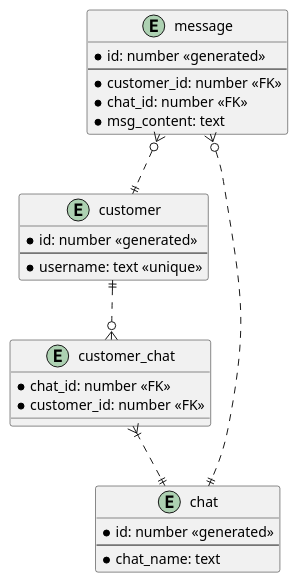
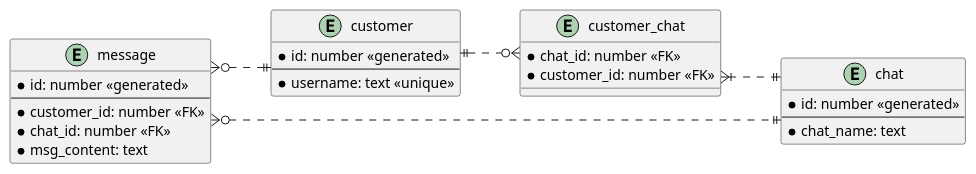
One commit to strang3nt/Telegraft changed the diagram in docs/diagrams/src/rd_database.plantuml. Above: the diagram before and after it, drawn with PlantUML. The commit also changed 5 other files, not shown here.

Commit message:
Diagram that shows services architecture

```diff
--- a/docs/diagrams/src/rd_database.plantuml
+++ b/docs/diagrams/src/rd_database.plantuml
@@ -1,32 +1,37 @@
 @startuml database
+
+skinparam linetype ortho
+
+left to right direction
+
 entity customer {
   *id: number <<generated>>
   --
   *username: text <<unique>>
 }
 
 entity message {
   *id: number <<generated>>
   --
   *customer_id: number <<FK>>
   *chat_id: number <<FK>>
   *msg_content: text
 }
 
 entity customer_chat {
   *chat_id: number <<FK>>
   *customer_id: number <<FK>>
 }
 
 entity chat {
   *id: number <<generated>>
   --
   *chat_name: text
 }
 
 customer ||..o{ customer_chat
 customer_chat }|..|| chat
 message }o..|| customer
 message }o..|| chat
 
 @enduml
```
